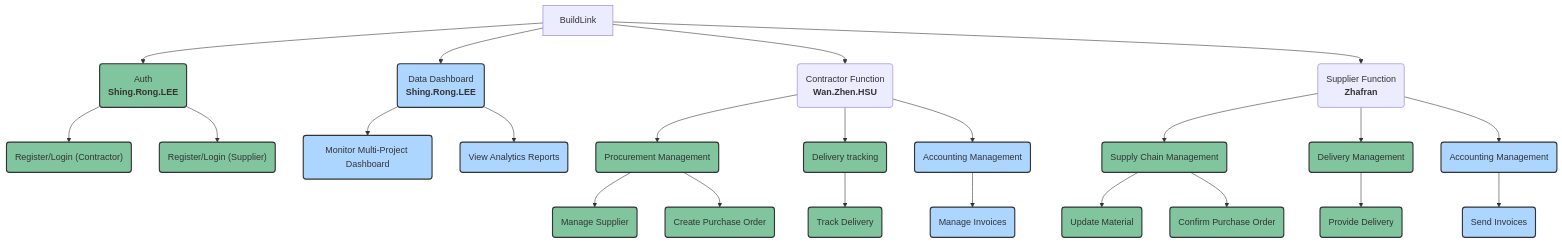
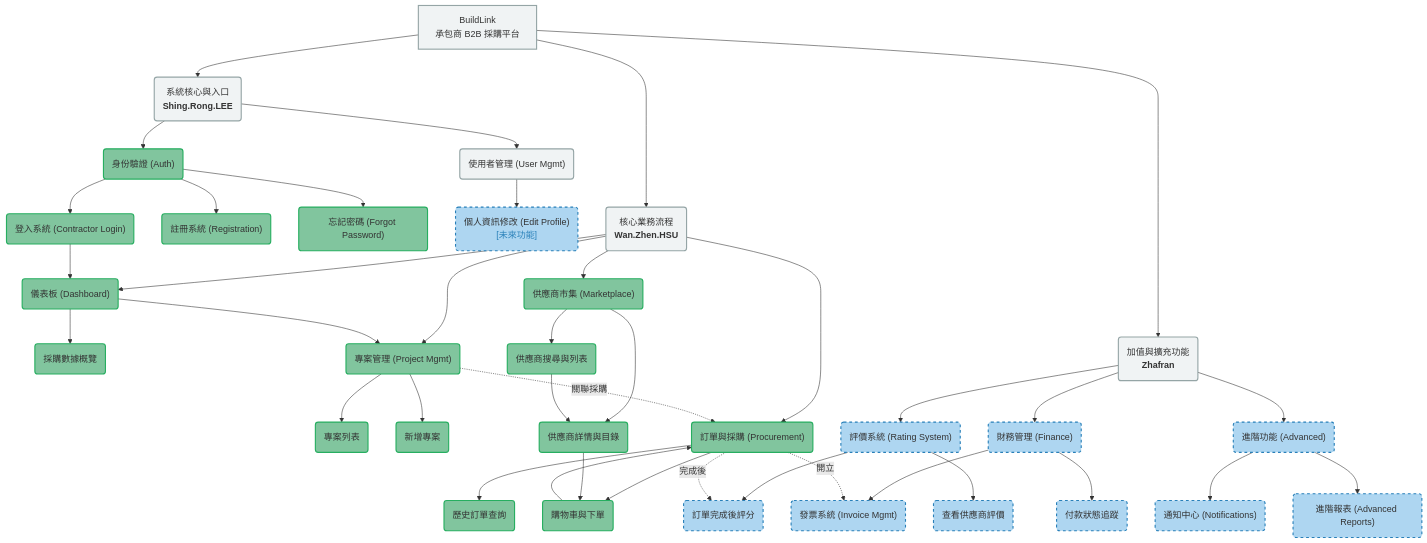
The diagram in README.md (Wanzhennnnnnnnnnnn/Team4), drawn with Mermaid before and after one commit.

````diff
--- a/README.md
+++ b/README.md
@@ -2,50 +2,68 @@
 ```mermaid
 flowchart TD
-    A[BuildLink]
+    Root[BuildLink<br>承包商 B2B 採購平台]
 
-    %% --- HSU's Work ---
-    A --> C("Auth<br><b>Shing.Rong.LEE</b>")
-    C --> C1("Register/Login (Contractor)")
-    C --> C2("Register/Login (Supplier)")
+    %% --- Shing.Rong.LEE (系統入口與身份驗證) ---
+    Root --> Sys("系統核心與入口<br><b>Shing.Rong.LEE</b>")
+    Sys --> Auth("身份驗證 (Auth)")
+    Auth --> Login("登入系統 (Contractor Login)")
+    Auth --> Reg("註冊系統 (Registration)")
+    Auth --> Forgot("忘記密碼 (Forgot Password)")
     
-    A --> F("Data Dashboard<br><b>Shing.Rong.LEE</b>")
-    F --> F1(Monitor Multi-Project Dashboard)
-    F --> F2(View Analytics Reports)
+    Sys --> UserMgmt("使用者管理 (User Mgmt)")
+    UserMgmt --> Profile("個人資訊修改 (Edit Profile)<br><span style='color:#2980b9'>[未來功能]</span>")
+    
+    %% --- Wan.Zhen.HSU (核心業務流程 - 已完成) ---
+    Root --> Flow("核心業務流程<br><b>Wan.Zhen.HSU</b>")
+    Flow --> Dash("儀表板 (Dashboard)")
+    Dash --> DashStats("採購數據概覽")
+    
+    Flow --> Proj("專案管理 (Project Mgmt)")
+    Proj --> ProjList("專案列表")
+    Proj --> ProjAdd("新增專案")
+    
+    Flow --> Order("訂單與採購 (Procurement)")
+    Order --> Cart("購物車與下單")
+    Order --> Hist("歷史訂單查詢")
+    
+    Flow --> SupMkt("供應商市集 (Marketplace)")
+    SupMkt --> SupList("供應商搜尋與列表")
+    SupMkt --> SupDetail("供應商詳情與目錄")
 
-    %% --- LEE's Work' ---
-    A --> B("Contractor Function<br><b>Wan.Zhen.HSU</b>")
-    B --> D("Procurement Management")
-    D --> D1(Manage Supplier)
-    D --> D2(Create Purchase Order)
+    %% --- Zhafran (加值與擴充功能 - 未來開發) ---
+    Root --> Ext("加值與擴充功能<br><b>Zhafran</b>")
+    Ext --> Rating("評價系統 (Rating System)")
+    Rating --> RateOrder("訂單完成後評分")
+    Rating --> RateView("查看供應商評價")
     
-    B --> E("Delivery tracking")
-    E --> E1(Track Delivery)
+    Ext --> Fin("財務管理 (Finance)")
+    Fin --> Invoice("發票系統 (Invoice Mgmt)")
+    Fin --> Payment("付款狀態追蹤")
+    
+    Ext --> Adv("進階功能 (Advanced)")
+    Adv --> Notify("通知中心 (Notifications)")
+    Adv --> Report("進階報表 (Advanced Reports)")
 
-    B --> F_Sub("Accounting Management")
-    F_Sub --> F_Sub1(Manage Invoices)
+    %% --- 跨模組連接 ---
+    Login --> Dash
+    Dash --> Proj
+    Proj -.->|關聯採購| Order
+    SupList --> SupDetail
+    SupDetail --> Cart
+    Cart --> Order
+    Order -.->|完成後| RateOrder
+    Order -.->|開立| Invoice
 
-
-    %% --- Zafran's Work ---
-    A --> G("Supplier Function<br><b>Zhafran</b>")
-    G --> I("Supply Chain Management")
-    I --> I1(Update Material)
-    I --> I2(Confirm Purchase Order)
-    
-    G --> J("Delivery Management")
-    J --> J1(Provide Delivery)
-    
-    G --> K("Accounting Management")
-    K --> K1(Send Invoices)
-
-
-    %% --- 顏色定義 (實作優先權) ---
-    
-    %% MVP (高優先) - 綠色
-    classDef highPriority fill:#81C59E,stroke:#333,stroke-width:2px;
-    %% Full-Featured (低優先) - 藍色
-    classDef lowPriority fill:#ACD6FF,stroke:#333,stroke-width:2px;
+    %% --- 顏色定義 ---
+    %% 核心已完成 (綠色)
+    classDef core fill:#81C59E,stroke:#27ae60,stroke-width:2px;
+    %% 未來開發 (藍色)
+    classDef future fill:#AED6F1,stroke:#2980b9,stroke-width:2px,stroke-dasharray: 5 5;
+    %% 基礎架構 (灰色)
+    classDef infra fill:#F0F3F4,stroke:#95A5A6,stroke-width:2px;
 
     %% --- 應用顏色 ---
-    class C,C1,C2,D,D1,D2,E,E1,I,I1,I2,J,J1 highPriority
-    class F,F1,F2,F_Sub,F_Sub1,K,K1 lowPriority
+    class Auth,Login,Reg,Forgot,Dash,DashStats,Proj,ProjList,ProjAdd,Order,Cart,Hist,SupMkt,SupList,SupDetail core
+    class Profile,Rating,RateOrder,RateView,Fin,Invoice,Payment,Adv,Notify,Report future
+    class Root,Sys,Flow,Ext,UserMgmt infra
    ```
````
